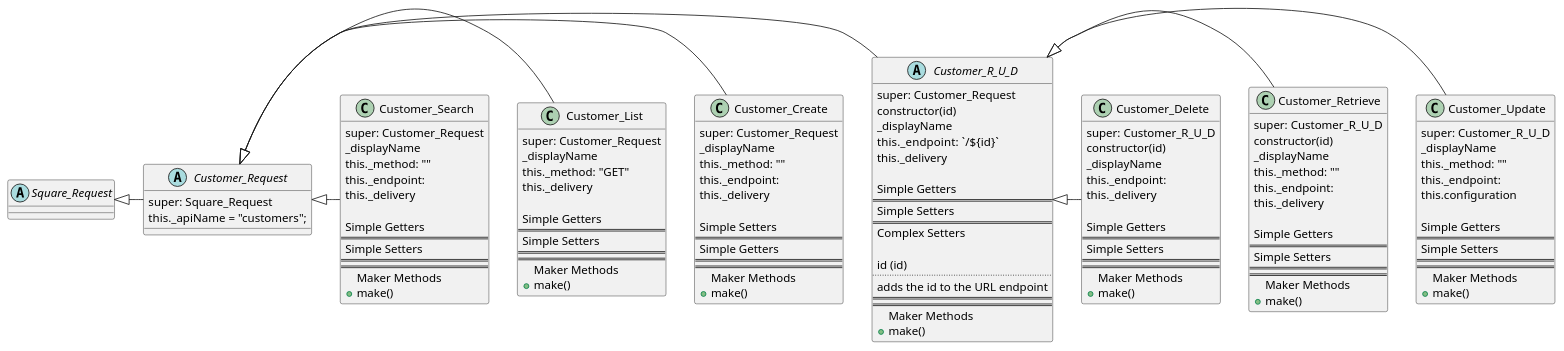
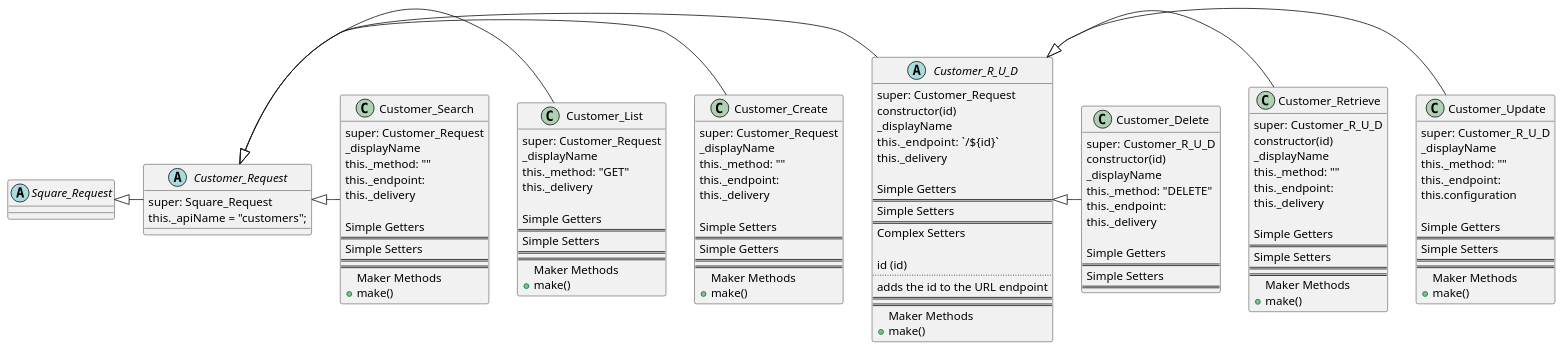
Before and after one commit to TwoFistedJustice/square-pie: the diagram in docs/uml/pie_customer_api.puml, drawn with PlantUML.

Commit message:
docs: diagram Customer_Delete

```diff
--- a/docs/uml/pie_customer_api.puml
+++ b/docs/uml/pie_customer_api.puml
@@ -1,148 +1,146 @@
 @startuml
 'https://plantuml.com/class-diagram
 
 Square_Request <|- Customer_Request
 Customer_Request <|- Customer_R_U_D
 Customer_R_U_D <|- Customer_Update
 Customer_R_U_D <|- Customer_Retrieve
 Customer_R_U_D <|- Customer_Delete
 Customer_Request <|- Customer_Create
 Customer_Request <|- Customer_List
 Customer_Request <|- Customer_Search
 
 abstract class Square_Request {}
 abstract class Customer_Request {
 super: Square_Request
 this._apiName = "customers";
 }
 
 abstract class Customer_R_U_D {
 super: Customer_Request
 constructor(id)
 _displayName
 this._endpoint:  `/${id}`
 this._delivery
 
 Simple Getters
 ==
 Simple Setters
 ==
 Complex Setters
 
 id (id)
 ..
 adds the id to the URL endpoint
 ==
 ==
 Maker Methods
 +make()
 }
 class Customer_Update {
 super: Customer_R_U_D
 _displayName
 this._method: ""
 this._endpoint:
 this.configuration
 
 Simple Getters
 ==
 Simple Setters
 ==
 ==
 Maker Methods
 +make()
 }
 class Customer_Retrieve {
 super: Customer_R_U_D
 constructor(id)
 _displayName
 this._method: ""
 this._endpoint:
 this._delivery
 
 Simple Getters
 ==
 Simple Setters
 ==
 ==
 Maker Methods
 +make()
 }
 class Customer_Delete {
 super: Customer_R_U_D
 constructor(id)
 _displayName
+this._method: "DELETE"
 this._endpoint:
 this._delivery
 
 Simple Getters
 ==
 Simple Setters
 ==
-==
-Maker Methods
-+make()
 }
 
 class Customer_Create {
 super: Customer_Request
 _displayName
 this._method: ""
 this._endpoint:
 this._delivery
 
 Simple Setters
 ==
 Simple Getters
 ==
 ==
 Maker Methods
 +make()
 }
 class Customer_List {
 super: Customer_Request
 _displayName
 this._method: "GET"
 this._delivery
 
 Simple Getters
 ==
 Simple Setters
 ==
 ==
 Maker Methods
 +make()
 }
 class Customer_Search {
 super: Customer_Request
 _displayName
 this._method: ""
 this._endpoint:
 this._delivery
 
 Simple Getters
 ==
 Simple Setters
 ==
 ==
 Maker Methods
 +make()
 }
 
 
 
 
 
 
 
 
 
 
 
 
 
 
 
 
 
 @enduml
```
